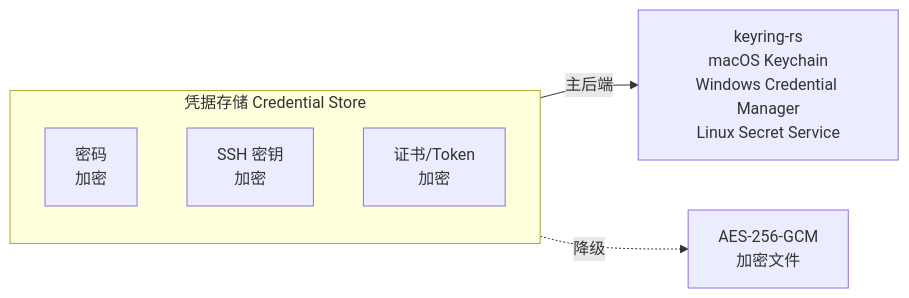
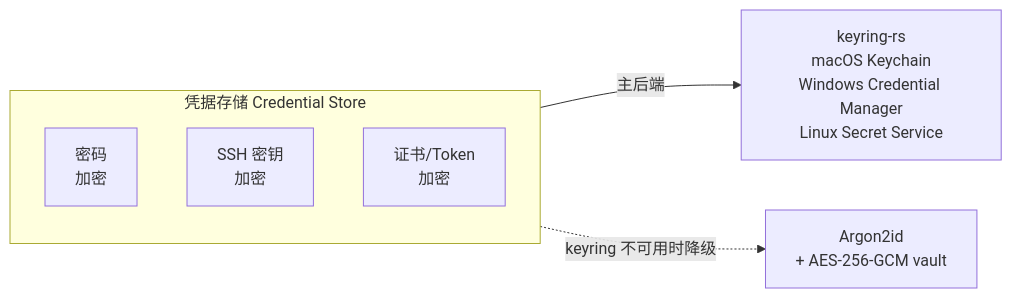
The fourth of 4 diagrams in docs/ARCHITECTURE.md (hamburger-os/TauTerm), drawn with Mermaid before and after one commit. The commit also changed other lines of this file and 129 other files, not shown here.

````diff
--- a/docs/ARCHITECTURE.md
+++ b/docs/ARCHITECTURE.md
@@ -207,11 +207,11 @@
 ```mermaid
 graph LR
     subgraph CS[凭据存储 Credential Store]
         PW[密码<br/>加密]
         KEY[SSH 密钥<br/>加密]
         CERT[证书/Token<br/>加密]
     end
 
     CS -->|"主后端"| Keyring[keyring-rs<br/>macOS Keychain<br/>Windows Credential Manager<br/>Linux Secret Service]
-    CS -.->|"降级"| AES[AES-256-GCM<br/>加密文件]
+    CS -.->|"keyring 不可用时降级"| AES[Argon2id<br/>+ AES-256-GCM vault]
 ```
````
